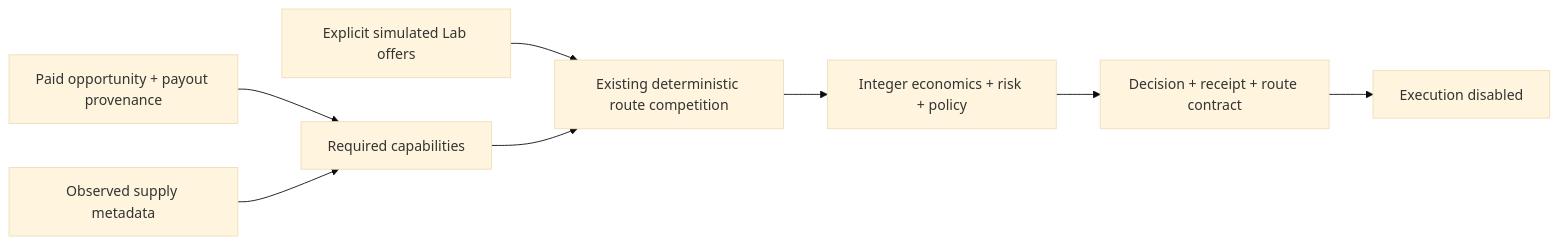
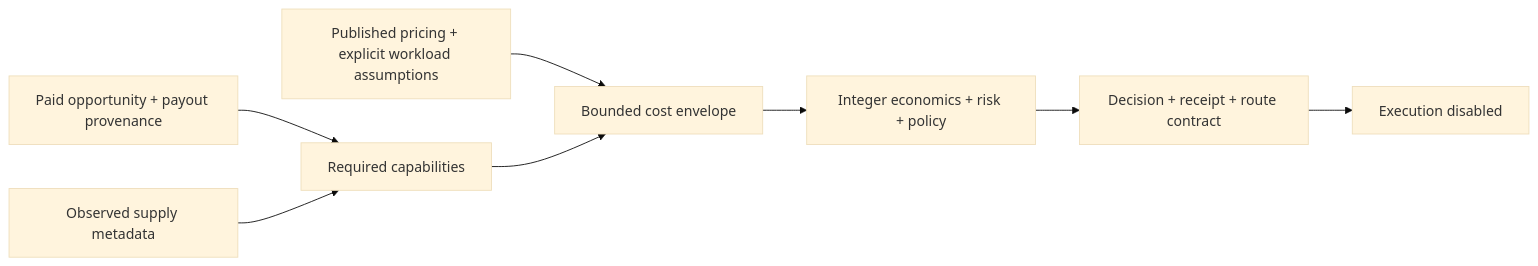
Before and after one commit to daniel-st3/agentarb: the first of 2 diagrams in README.md, drawn with Mermaid (base theme). The commit also changed other lines of this file and 56 other files, not shown here.

````diff
--- a/README.md
+++ b/README.md
@@ -17,10 +17,10 @@
 ```mermaid
 flowchart LR
   D[Paid opportunity + payout provenance] --> C[Required capabilities]
   S[Observed supply metadata] --> C
-  L[Explicit simulated Lab offers] --> R[Existing deterministic route competition]
+  L[Published pricing + explicit workload assumptions] --> R[Bounded cost envelope]
   C --> R
   R --> U[Integer economics + risk + policy]
   U --> A[Decision + receipt + route contract]
   A --> STOP[Execution disabled]
 ```
````
